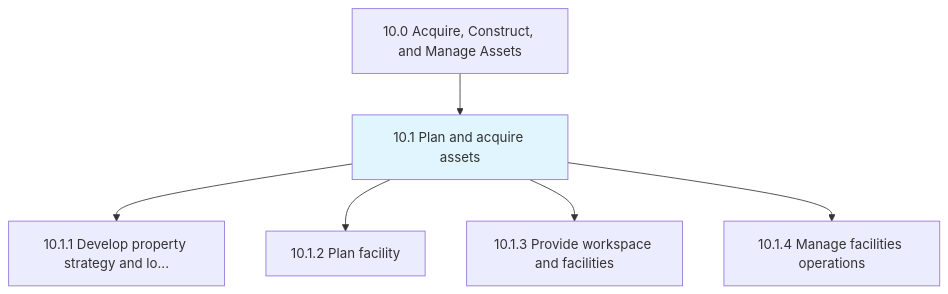
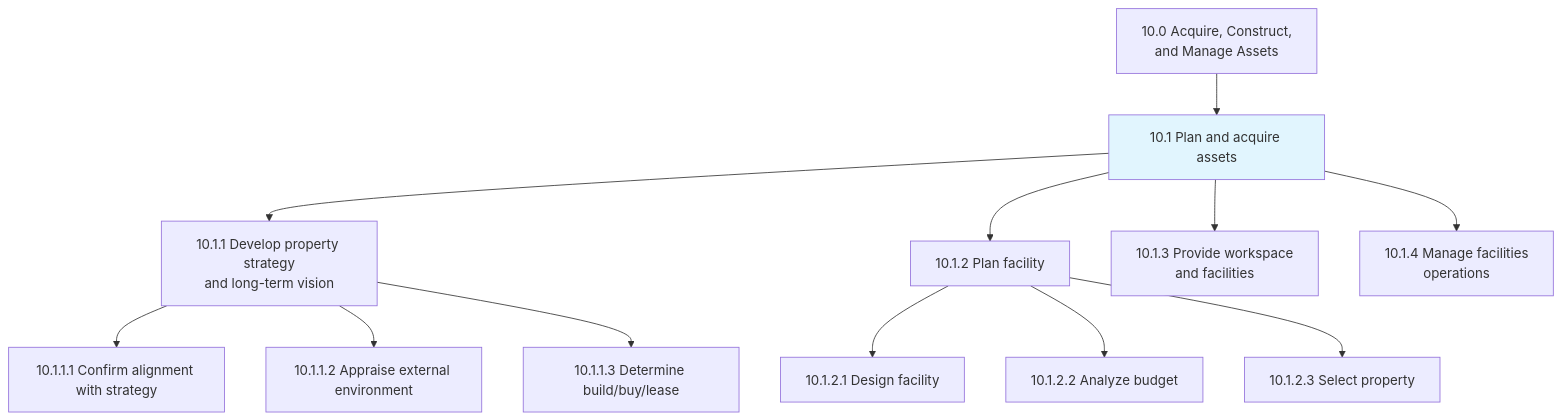
Before and after one commit to kziemski/business.org.ai: the first of 3 diagrams in processes/10-Assets/10.1-PlanAcquireAssets/index.mdx, drawn with Mermaid. The commit also changed other lines of this file and 885 other files, not shown here.

````diff
--- a/processes/10-Assets/10.1-PlanAcquireAssets/index.mdx
+++ b/processes/10-Assets/10.1-PlanAcquireAssets/index.mdx
@@ -25,10 +25,19 @@
 ```mermaid
 graph TD
-    C10["10.0 Acquire, Construct, and Manage Assets"]
-    C10 --> N10_1["10.1 Plan and acquire assets"]
-    style N10_1 fill:#e1f5fe
-    N10_1 --> N10_1_1["10.1.1 Develop property strategy and lo..."]
-    N10_1 --> N10_1_2["10.1.2 Plan facility"]
-    N10_1 --> N10_1_3["10.1.3 Provide workspace and facilities"]
-    N10_1 --> N10_1_4["10.1.4 Manage facilities operations"]
+    C10["10.0 Acquire, Construct,<br/>and Manage Assets"] --> G101["10.1 Plan and acquire assets"]
+
+    G101 --> P1011["10.1.1 Develop property strategy<br/>and long-term vision"]
+    G101 --> P1012["10.1.2 Plan facility"]
+    G101 --> P1013["10.1.3 Provide workspace<br/>and facilities"]
+    G101 --> P1014["10.1.4 Manage facilities<br/>operations"]
+
+    P1011 --> A10111["10.1.1.1 Confirm alignment with strategy"]
+    P1011 --> A10112["10.1.1.2 Appraise external environment"]
+    P1011 --> A10113["10.1.1.3 Determine build/buy/lease"]
+
+    P1012 --> A10121["10.1.2.1 Design facility"]
+    P1012 --> A10122["10.1.2.2 Analyze budget"]
+    P1012 --> A10123["10.1.2.3 Select property"]
+
+    style G101 fill:#e1f5fe
 ```
````
